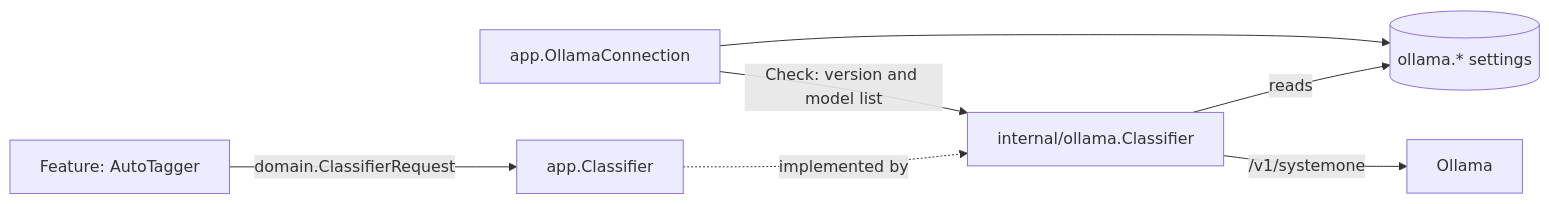
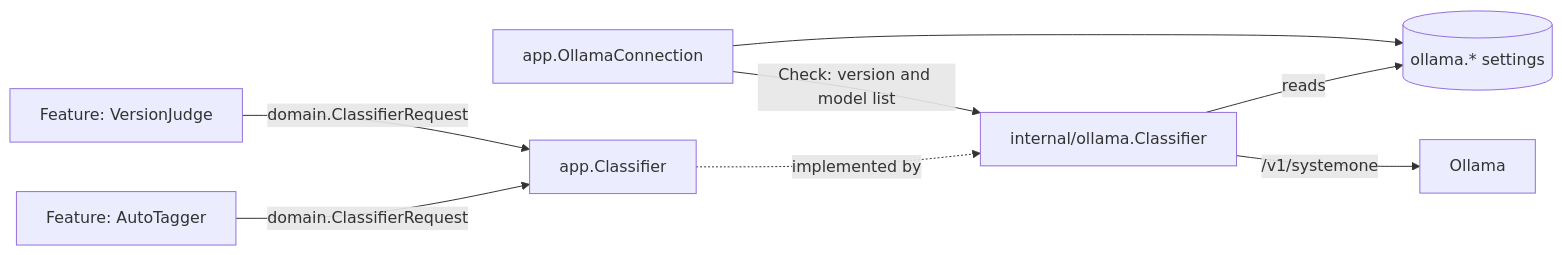
The diagram in docs/design-docs/ai-layer.md (syudead/vv), drawn with Mermaid before and after one commit. The commit also changed other lines of this file and 20 other files, not shown here.

First line of the commit message:
feat(054): judge possible duplicates from fingerprints and the classifier

````diff
--- a/docs/design-docs/ai-layer.md
+++ b/docs/design-docs/ai-layer.md
@@ -9,9 +9,10 @@
 ```mermaid
 flowchart LR
   feature[Feature: AutoTagger] -->|domain.ClassifierRequest| port[app.Classifier]
+  judge[Feature: VersionJudge] -->|domain.ClassifierRequest| port
   port -.->|implemented by| ollama[internal/ollama.Classifier]
   ollama -->|reads| settings[(ollama.* settings)]
   ollama -->|/v1/systemone| server[Ollama]
   conn[app.OllamaConnection] --> settings
   conn -->|Check: version and model list| ollama
 ```
````
